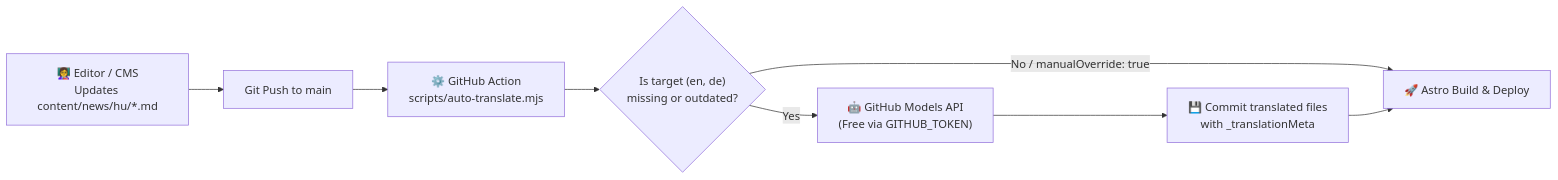
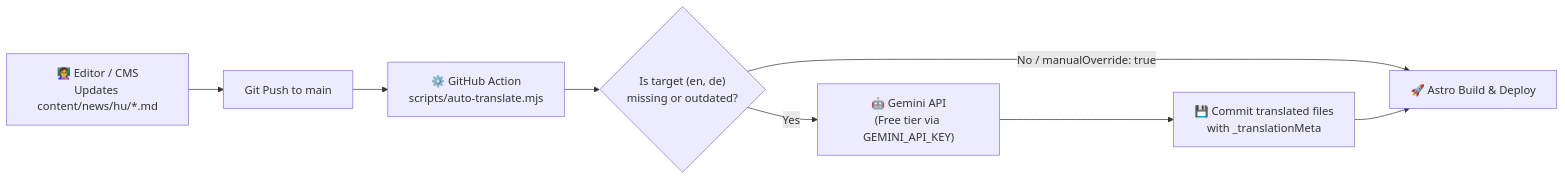
One commit to Petrichor2/open-creche changed the first of 2 diagrams in docs/ARCHITECTURE.md. Above: the diagram before and after it, drawn with Mermaid. The commit also changed other lines of this file and 10 other files, not shown here.

First line of the commit message:
fix(ci): migrate auto-translation from retired GitHub Models to Gemini

````diff
--- a/docs/ARCHITECTURE.md
+++ b/docs/ARCHITECTURE.md
@@ -139,10 +140,10 @@
 ```mermaid
 flowchart LR
     Editor["👩‍🏫 Editor / CMS<br/>Updates content/news/hu/*.md"] --> Push["Git Push to main"]
     Push --> GHA["⚙️ GitHub Action<br/>scripts/auto-translate.mjs"]
     GHA --> Check{"Is target (en, de)<br/>missing or outdated?"}
     Check -->|"No / manualOverride: true"| Build["🚀 Astro Build & Deploy"]
-    Check -->|"Yes"| LLM["🤖 GitHub Models API<br/>(Free via GITHUB_TOKEN)"]
+    Check -->|"Yes"| LLM["🤖 Gemini API<br/>(Free tier via GEMINI_API_KEY)"]
     LLM --> Commit["💾 Commit translated files<br/>with _translationMeta"]
     Commit --> Build
 ```
````
